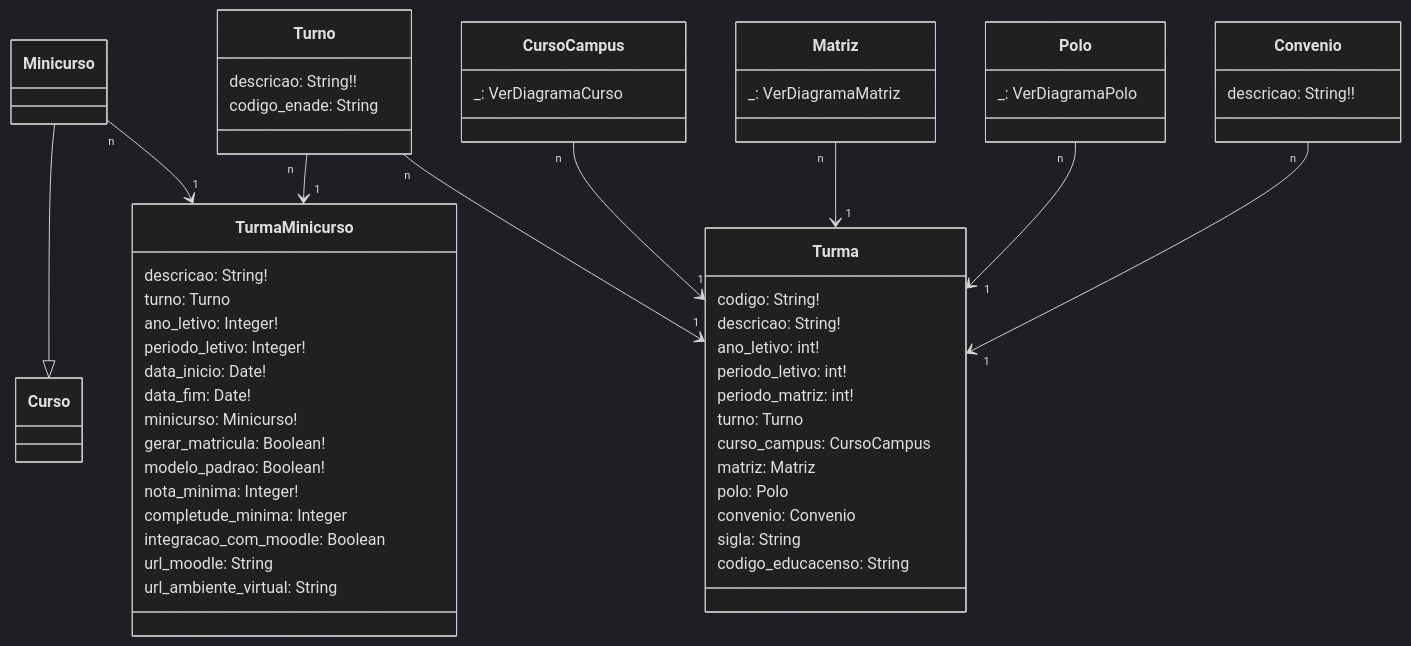
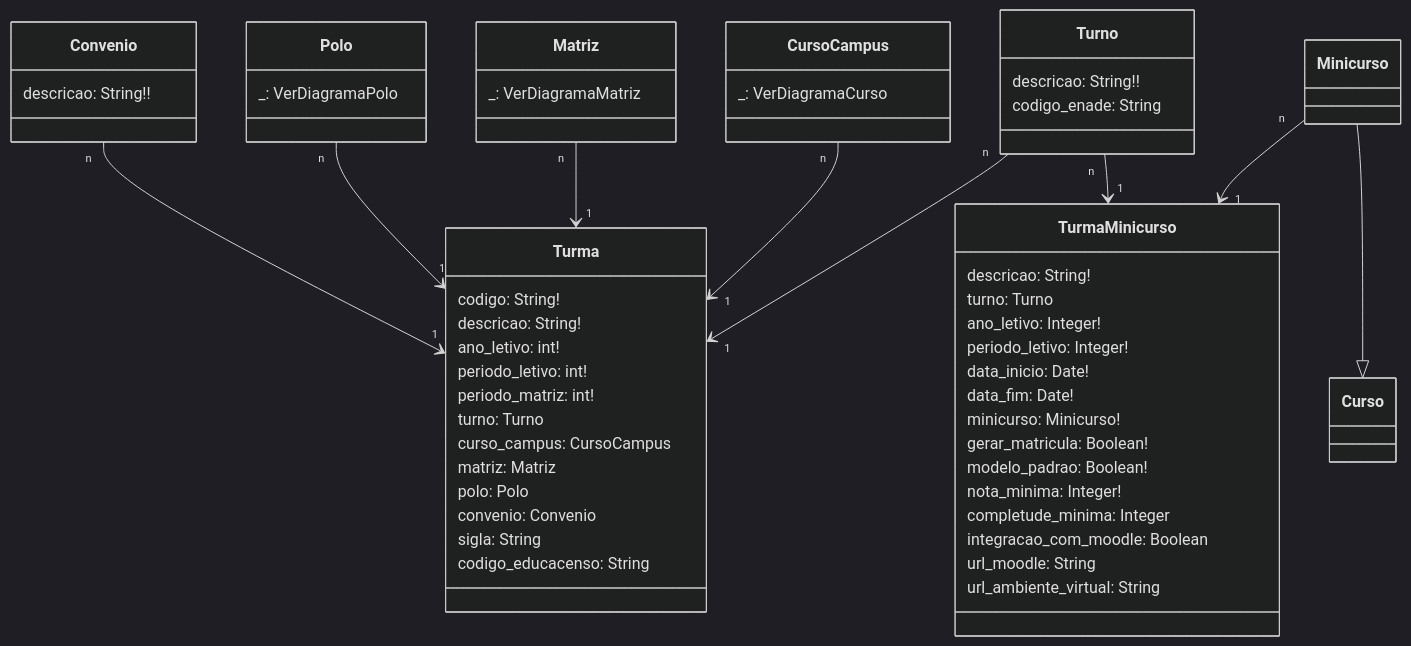
The diagram in suap/modelo_edu_turma.md (cte-zl-ifrn/cte-zl-ifrn.github.io), drawn with Mermaid (dark theme) before and after one commit.

Commit message:
diagrama de turma

````diff
--- a/suap/modelo_edu_turma.md
+++ b/suap/modelo_edu_turma.md
@@ -5,64 +5,65 @@
 ```mermaid
 classDiagram
     class Turma{
         codigo: String!
         descricao: String!
         ano_letivo: int!
         periodo_letivo: int!
         periodo_matriz: int!
         turno: Turno
         curso_campus: CursoCampus
         matriz: Matriz
         polo: Polo
         convenio: Convenio
         sigla: String
         codigo_educacenso: String
     }
 
     class Turno{
         descricao: String!!
         codigo_enade: String
     }
     class CursoCampus {
         _: VerDiagramaCurso
     }
     class Matriz {
         _: VerDiagramaMatriz
     }
     class Polo {
         _: VerDiagramaPolo
     }
     class Convenio{
         descricao: String!!
     }
 
     class Minicurso {
     }
     class TurmaMinicurso{
         descricao: String!
         turno: Turno
         ano_letivo: Integer!
         periodo_letivo: Integer!
         data_inicio: Date!
         data_fim: Date!
         minicurso: Minicurso!
         gerar_matricula: Boolean!
         modelo_padrao: Boolean!
         nota_minima: Integer!
         completude_minima: Integer
         integracao_com_moodle: Boolean
         url_moodle: String
         url_ambiente_virtual: String
     }
 
+    Turno "n" --> "1" Turma
+    CursoCampus "n" --> "1" Turma
+    Matriz "n" --> "1" Turma
+    Polo "n" --> "1" Turma
+    Convenio "n" --> "1" Turma
+
     Minicurso "n" --> "1" TurmaMinicurso
     Turno "n" --> "1" TurmaMinicurso
 
     Minicurso --|> Curso
 
-    Turno "n" --> "1" Turma
-    CursoCampus "n" --> "1" Turma
-    Matriz "n" --> "1" Turma
-    Polo "n" --> "1" Turma
-    Convenio "n" --> "1" Turma
 ```
````
